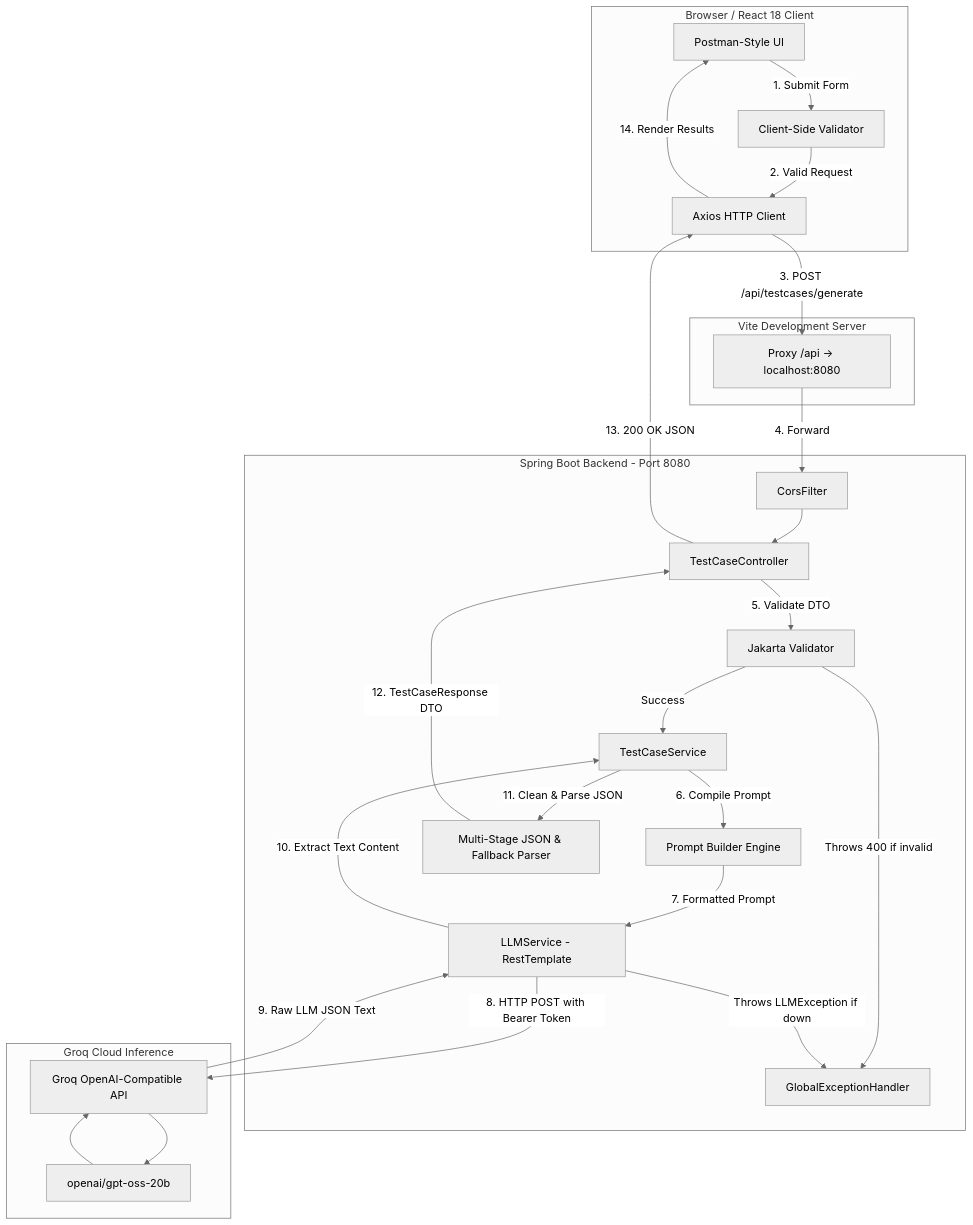
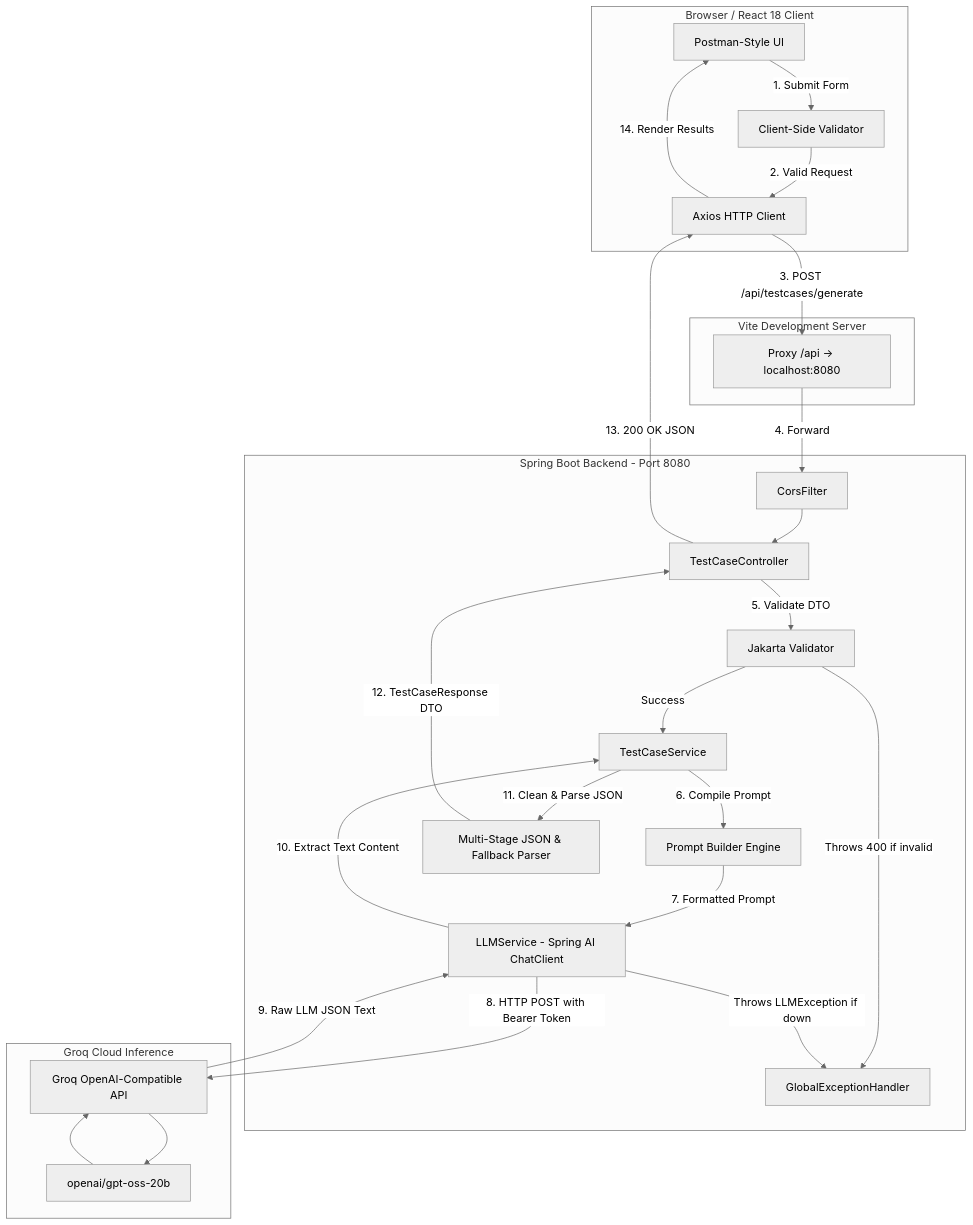
The first of 2 diagrams in documentation.md (KushDani23/TestPilotAI), drawn with Mermaid (neutral theme) before and after one commit. The commit also changed other lines of this file and 3 other files, not shown here.

````diff
--- a/documentation.md
+++ b/documentation.md
@@ -49,49 +49,49 @@
 ```mermaid
 graph TD
     subgraph Client [Browser / React 18 Client]
         UI[Postman-Style UI]
         Validation[Client-Side Validator]
         AxiosClient[Axios HTTP Client]
     end
 
     subgraph DevProxy [Vite Development Server]
         Proxy[Proxy /api -> localhost:8080]
     end
 
     subgraph SpringBoot [Spring Boot Backend - Port 8080]
         Cors[CorsFilter]
         Controller[TestCaseController]
         Validator[Jakarta Validator]
         Service[TestCaseService]
         PromptBuilder[Prompt Builder Engine]
         JSONParser[Multi-Stage JSON & Fallback Parser]
-        LLM[LLMService - RestTemplate]
+        LLM[LLMService - Spring AI ChatClient]
         GlobalEx[GlobalExceptionHandler]
     end
 
     subgraph GroqCloud [Groq Cloud Inference]
         GroqAPI[Groq OpenAI-Compatible API]
         Model[openai/gpt-oss-20b]
     end
 
     UI -->|1. Submit Form| Validation
     Validation -->|2. Valid Request| AxiosClient
     AxiosClient -->|3. POST /api/testcases/generate| Proxy
     Proxy -->|4. Forward| Cors
     Cors --> Controller
     Controller -->|5. Validate DTO| Validator
     Validator -->|Throws 400 if invalid| GlobalEx
     Validator -->|Success| Service
     Service -->|6. Compile Prompt| PromptBuilder
     PromptBuilder -->|7. Formatted Prompt| LLM
     LLM -->|8. HTTP POST with Bearer Token| GroqAPI
     GroqAPI --> Model
     Model --> GroqAPI
     GroqAPI -->|9. Raw LLM JSON Text| LLM
     LLM -->|Throws LLMException if down| GlobalEx
     LLM -->|10. Extract Text Content| Service
     Service -->|11. Clean & Parse JSON| JSONParser
     JSONParser -->|12. TestCaseResponse DTO| Controller
     Controller -->|13. 200 OK JSON| AxiosClient
     AxiosClient -->|14. Render Results| UI
 ```
````
